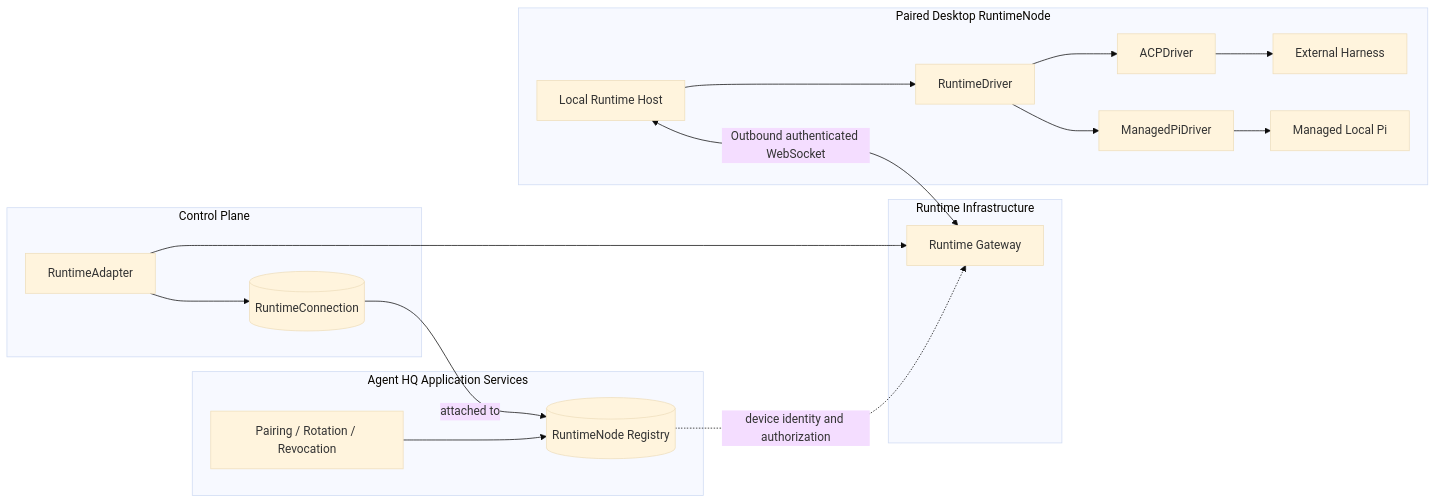
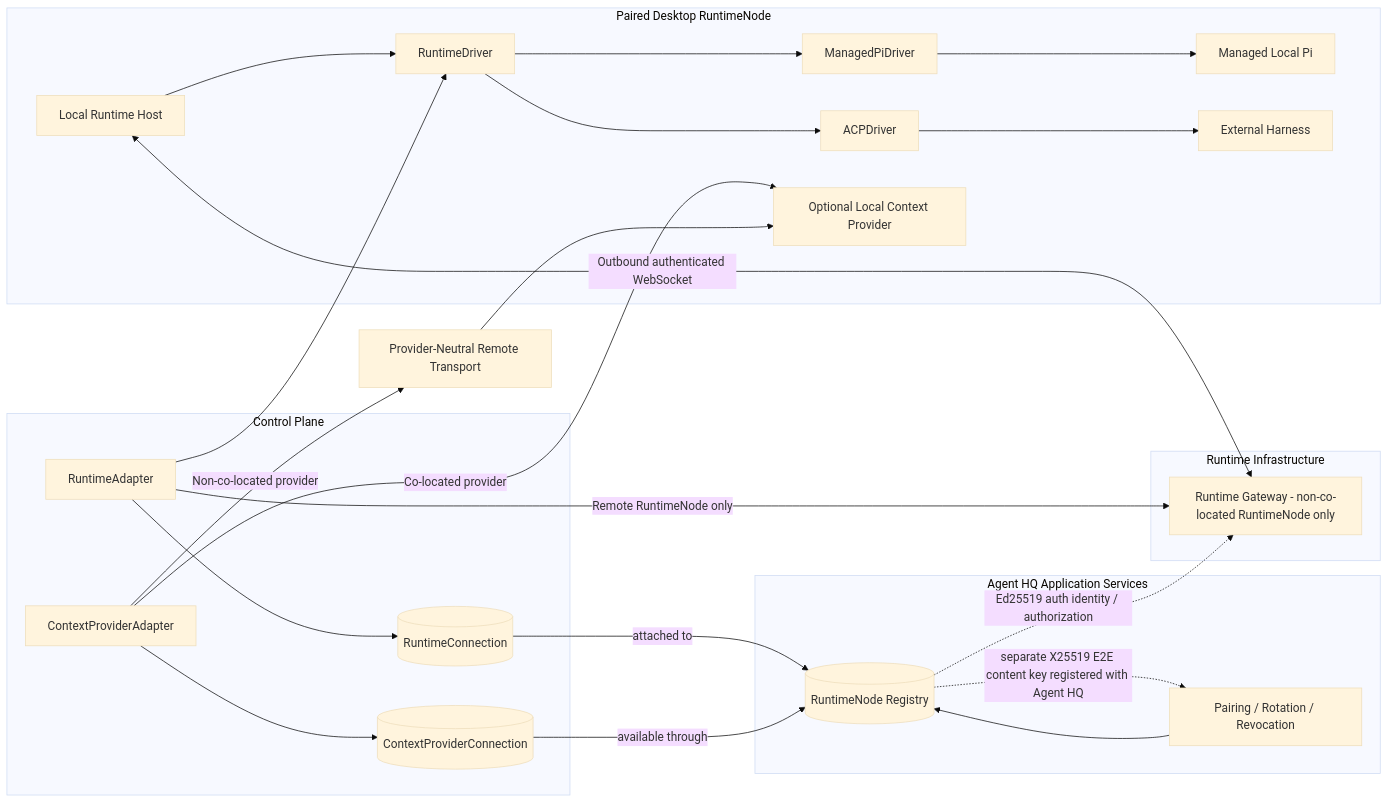
Before and after one commit to adea-ai/adea: diagram 14 of 18 in docs/architecture/diagram-sources.md, drawn with Mermaid (base theme). The commit also changed other lines of this file, not shown here.

Commit message:
docs: reconcile Agent HQ architecture diagrams with canonical source

````diff
--- a/docs/architecture/diagram-sources.md
+++ b/docs/architecture/diagram-sources.md
@@ -404,31 +478,41 @@
 ```mermaid
 flowchart LR
     subgraph AgentHQ["Agent HQ Application Services"]
         RN[(RuntimeNode Registry)]
         PAIR[Pairing / Rotation / Revocation]
     end
     subgraph Control["Control Plane"]
         RC[(RuntimeConnection)]
         RA[RuntimeAdapter]
+        PC[(ContextProviderConnection)]
+        CA[ContextProviderAdapter]
     end
     subgraph Gateway["Runtime Infrastructure"]
-        RG[Runtime Gateway]
+        RG[Runtime Gateway - non-co-located RuntimeNode only]
     end
     subgraph Device["Paired Desktop RuntimeNode"]
         HOST[Local Runtime Host]
         DR[RuntimeDriver]
         MP[ManagedPiDriver]
         AD[ACPDriver]
         PI[Managed Local Pi]
         EXT[External Harness]
+        CT[Optional Local Context Provider]
     end
     PAIR --> RN
     RC -->|attached to| RN
     RA --> RC
-    RA --> RG
+    RA --> DR
+    RA -->|Remote RuntimeNode only| RG
+    CA --> PC
+    CA -->|Co-located provider| CT
+    CA -->|Non-co-located provider| RP[Provider-Neutral Remote Transport]
+    RP --> CT
     HOST <-->|Outbound authenticated WebSocket| RG
     HOST --> DR
     DR --> MP --> PI
     DR --> AD --> EXT
-    RN -. device identity and authorization .-> RG
+    PC -->|available through| RN
+    RN -. Ed25519 auth identity / authorization .-> RG
+    RN -. separate X25519 E2E content key registered with Agent HQ .-> PAIR
 ```
````
